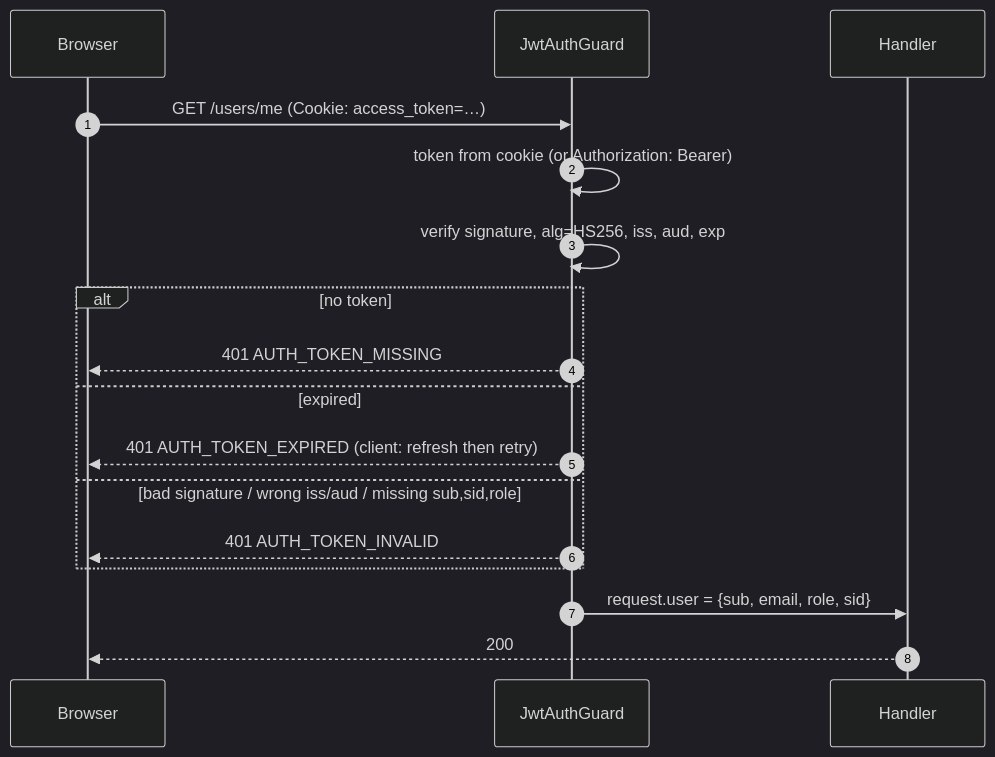
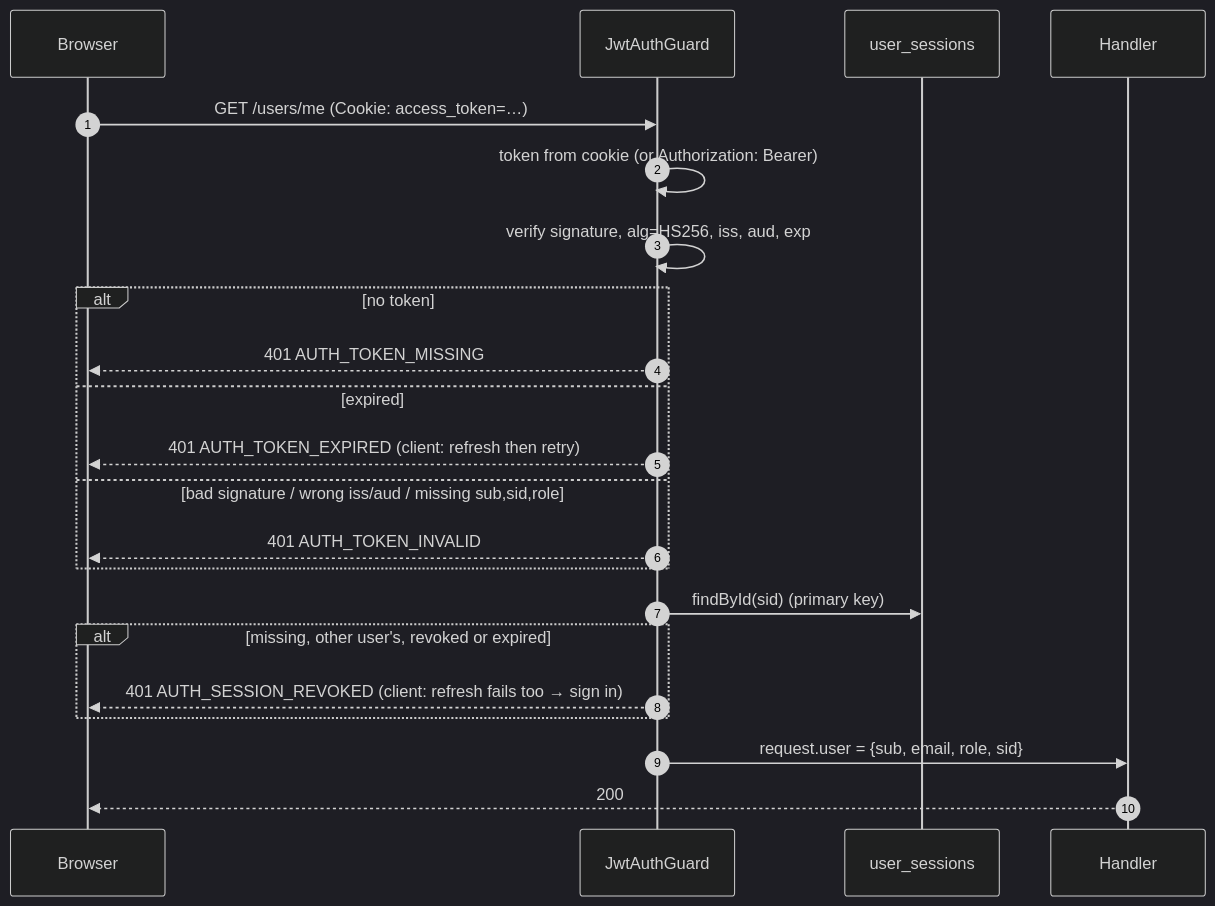
The second of 5 diagrams in docs/AUTHENTICATION.md (ankitkumarguptaop/TicketBooking-Backend), drawn with Mermaid (dark theme) before and after one commit. The commit also changed other lines of this file and 89 other files, not shown here.

````diff
--- a/docs/AUTHENTICATION.md
+++ b/docs/AUTHENTICATION.md
@@ -231,19 +250,24 @@
 ```mermaid
 sequenceDiagram
     autonumber
     participant B as Browser
     participant G as JwtAuthGuard
+    participant DB as user_sessions
     participant H as Handler
     B->>G: GET /users/me (Cookie: access_token=…)
     G->>G: token from cookie (or Authorization: Bearer)
     G->>G: verify signature, alg=HS256, iss, aud, exp
     alt no token
         G-->>B: 401 AUTH_TOKEN_MISSING
     else expired
         G-->>B: 401 AUTH_TOKEN_EXPIRED  (client: refresh then retry)
     else bad signature / wrong iss/aud / missing sub,sid,role
         G-->>B: 401 AUTH_TOKEN_INVALID
     end
+    G->>DB: findById(sid)  (primary key)
+    alt missing, other user's, revoked or expired
+        G-->>B: 401 AUTH_SESSION_REVOKED  (client: refresh fails too → sign in)
+    end
     G->>H: request.user = {sub, email, role, sid}
     H-->>B: 200
 ```
````
